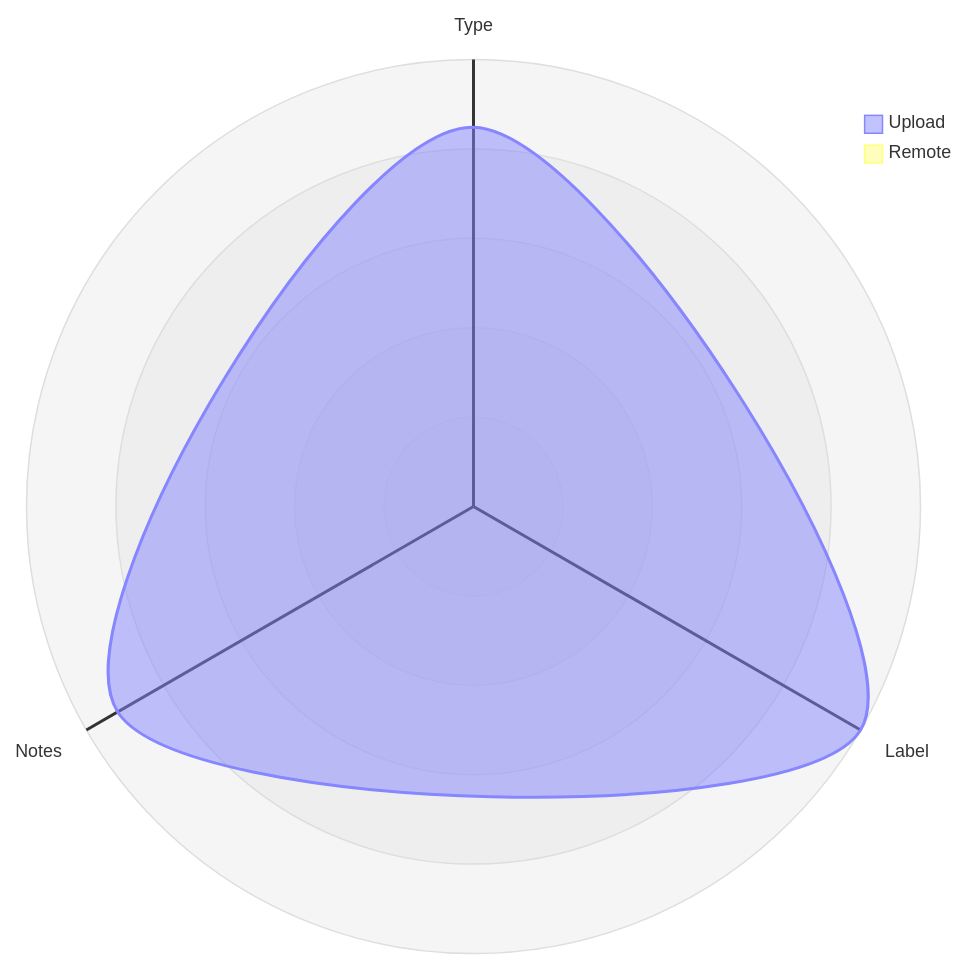
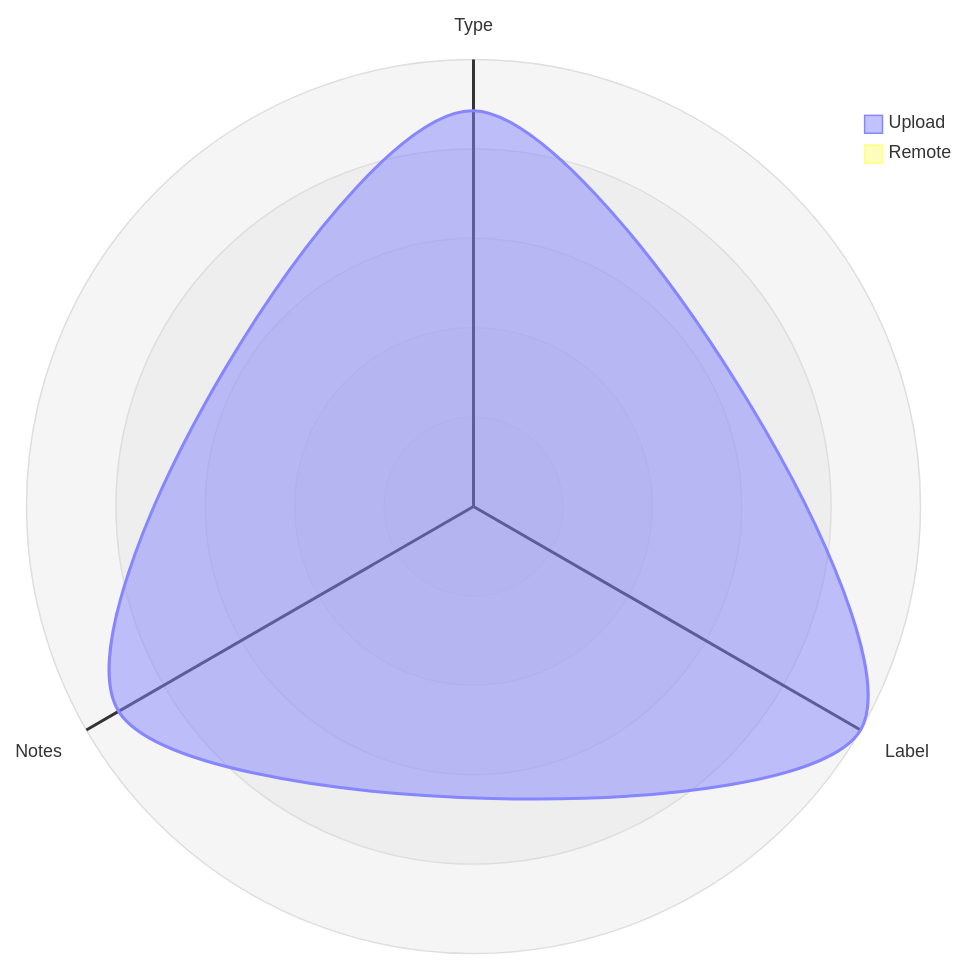
The third of 5 diagrams in datastore_tracker/README.md (open-data/analytics-corporate-reporting), drawn with Mermaid before and after one commit. The commit also changed 8 other files, not shown here.

````diff
--- a/datastore_tracker/README.md
+++ b/datastore_tracker/README.md
@@ -105,12 +105,12 @@
 ```mermaid
 radar-beta
   axis T["Type"], L["Label"], N["Notes"]
-  curve u["Upload"]{0.00084, 0.00099, 0.00091}
+  curve u["Upload"]{0.00085, 0.00096, 0.00088}
   curve r["Remote"]{0, 0, 0}
 
   showLegend true
 
   min 0
   graticule circle
   ticks 5
 ```
````
